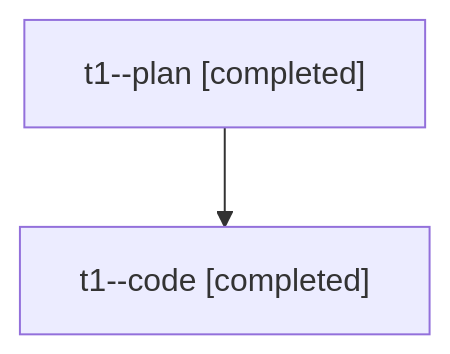
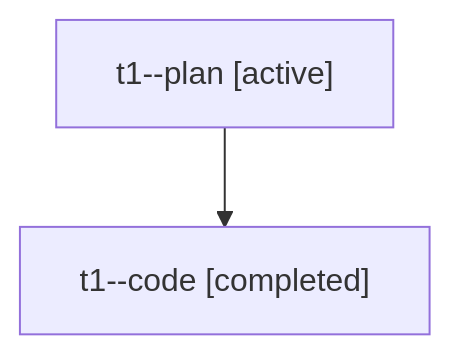
The diagram in families/bbugyi200.athena.t1.md (bobs-org/bob-cli--agents), drawn with Mermaid before and after one commit. The commit also changed other lines of this file and 133 other files, not shown here.

````diff
--- a/families/bbugyi200.athena.t1.md
+++ b/families/bbugyi200.athena.t1.md
@@ -9,6 +9,6 @@
 ```mermaid
 flowchart TD
-  n0["t1--plan [completed]"]
+  n0["t1--plan [active]"]
   n1["t1--code [completed]"]
   n0 --> n1
 ```
````
